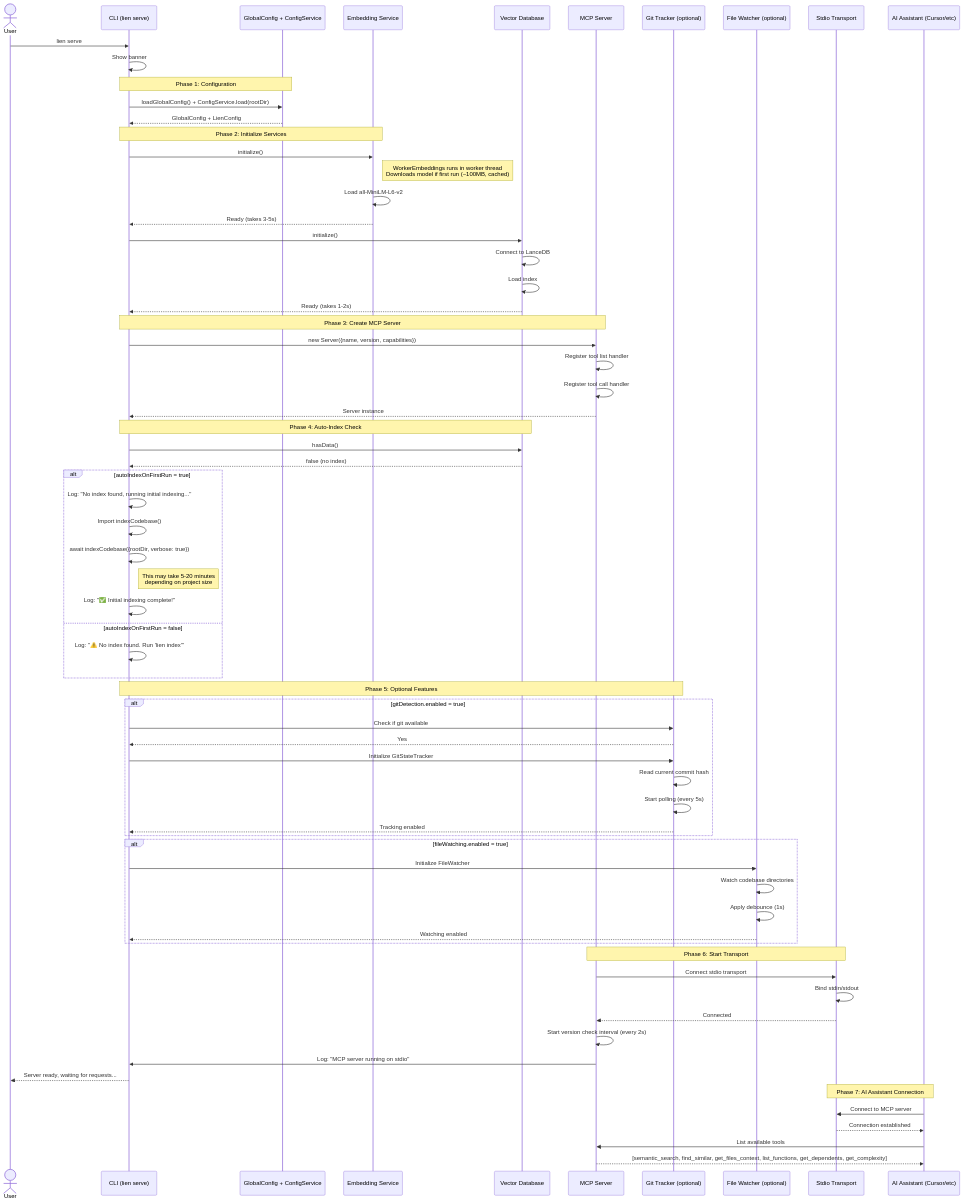
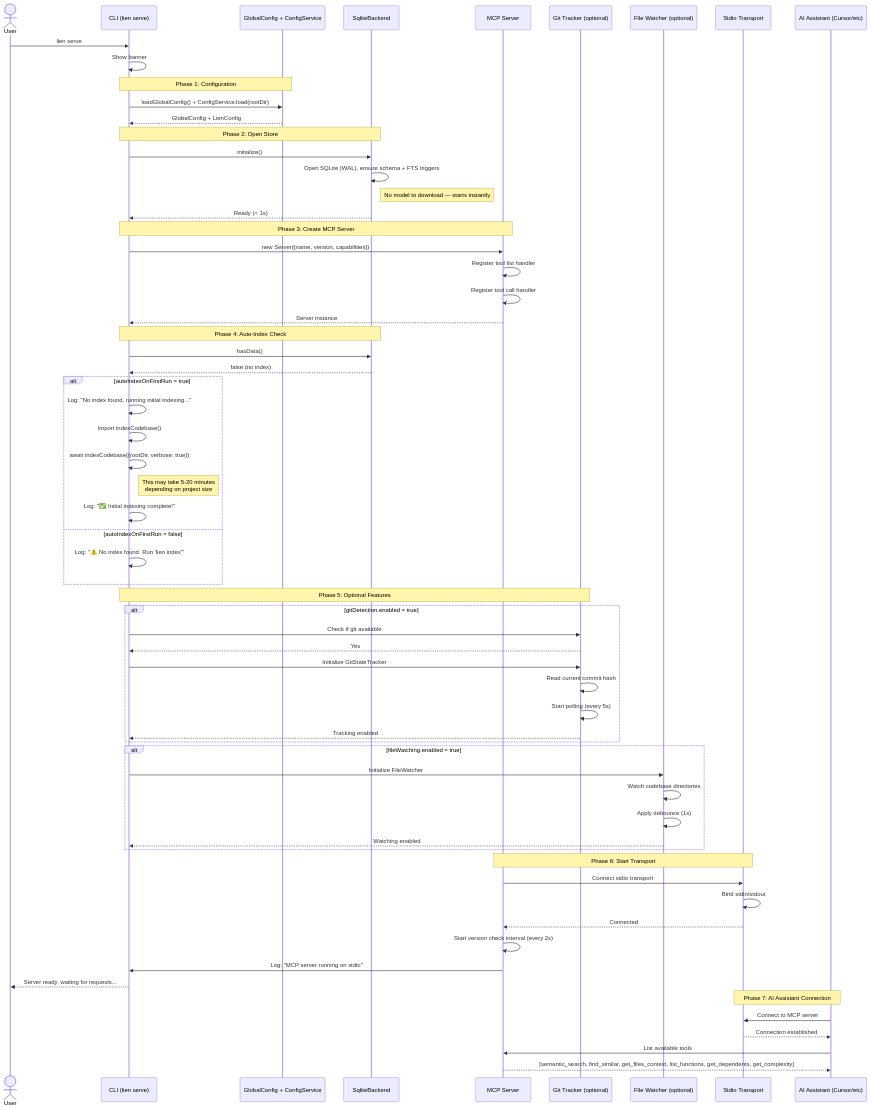
One commit to getlien/lien changed the first of 6 diagrams in docs/architecture/mcp-server-flow.md. Above: the diagram before and after it, drawn with Mermaid. The commit also changed other lines of this file and 131 other files, not shown here.

First line of the commit message:
feat(core,cli)!: remove LanceDB and embeddings code

```diff
--- a/docs/architecture/mcp-server-flow.md
+++ b/docs/architecture/mcp-server-flow.md
@@ -9,41 +9,35 @@
     actor User
     participant CLI as CLI (lien serve)
     participant Config as GlobalConfig + ConfigService
-    participant Embeddings as Embedding Service
-    participant VectorDB as Vector Database
+    participant Store as SqliteBackend
     participant MCP as MCP Server
     participant Git as Git Tracker (optional)
     participant Watcher as File Watcher (optional)
     participant Stdio as Stdio Transport
     participant AI as AI Assistant (Cursor/etc)
-    
+
     User->>CLI: lien serve
     CLI->>CLI: Show banner
-    
+
     Note over CLI,Config: Phase 1: Configuration
     CLI->>Config: loadGlobalConfig() + ConfigService.load(rootDir)
     Config-->>CLI: GlobalConfig + LienConfig
-    
-    Note over CLI,Embeddings: Phase 2: Initialize Services
-    CLI->>Embeddings: initialize()
-    Note right of Embeddings: WorkerEmbeddings runs in worker thread<br/>Downloads model if first run (~100MB, cached)
-    Embeddings->>Embeddings: Load all-MiniLM-L6-v2
-    Embeddings-->>CLI: Ready (takes 3-5s)
-    
-    CLI->>VectorDB: initialize()
-    VectorDB->>VectorDB: Connect to LanceDB
-    VectorDB->>VectorDB: Load index
-    VectorDB-->>CLI: Ready (takes 1-2s)
-    
+
+    Note over CLI,Store: Phase 2: Open Store
+    CLI->>Store: initialize()
+    Store->>Store: Open SQLite (WAL), ensure schema + FTS triggers
+    Note right of Store: No model to download — starts instantly
+    Store-->>CLI: Ready (< 1s)
+
     Note over CLI,MCP: Phase 3: Create MCP Server
     CLI->>MCP: new Server({name, version, capabilities})
     MCP->>MCP: Register tool list handler
     MCP->>MCP: Register tool call handler
     MCP-->>CLI: Server instance
-    
-    Note over CLI,VectorDB: Phase 4: Auto-Index Check
-    CLI->>VectorDB: hasData()
-    VectorDB-->>CLI: false (no index)
+
+    Note over CLI,Store: Phase 4: Auto-Index Check
+    CLI->>Store: hasData()
+    Store-->>CLI: false (no index)
     
     alt autoIndexOnFirstRun = true
         CLI->>CLI: Log: "No index found, running initial indexing..."
```
